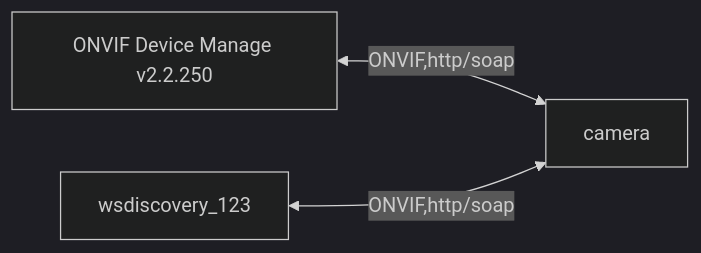
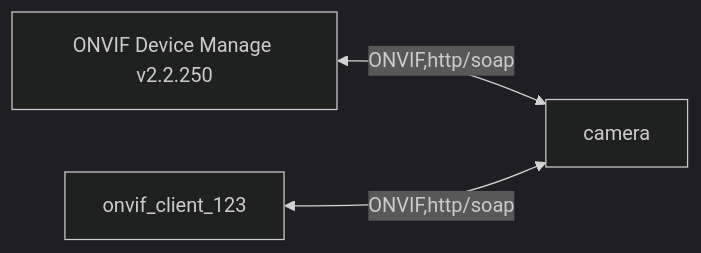
The second of 2 diagrams in helper_ONVIF.md (lankahsu520/HelperX), drawn with Mermaid (dark theme) before and after one commit. The commit also changed other lines of this file, not shown here.

````diff
--- a/helper_ONVIF.md
+++ b/helper_ONVIF.md
@@ -86,9 +105,9 @@
 ```mermaid
 flowchart LR
 	camera[camera]
 	win10[ONVIF Device Manage v2.2.250]
-	ubuntu[wsdiscovery_123]
+	ubuntu[onvif_client_123]
 	
 	win10 <--> |ONVIF,http/soap| camera
 	ubuntu <--> |ONVIF,http/soap| camera
 ```
````
